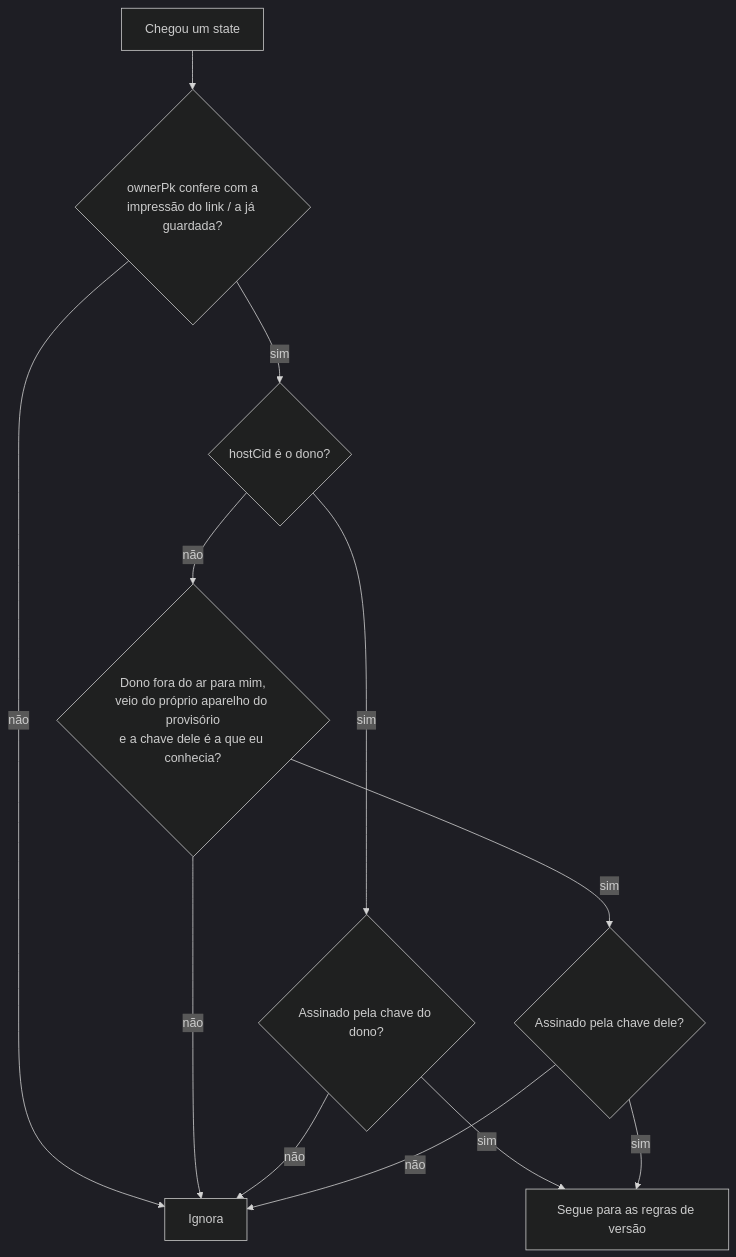
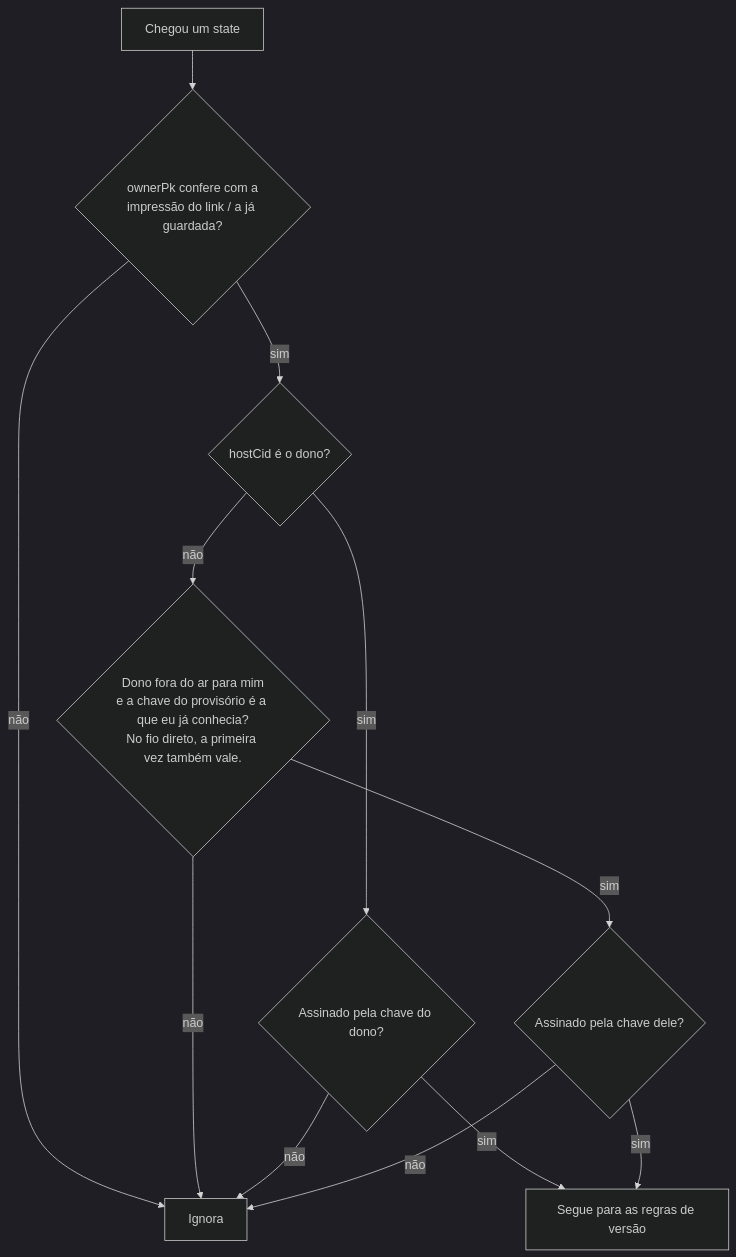
One commit to sschonss/ito changed diagram 11 of 16 in docs/p2p.md. Above: the diagram before and after it, drawn with Mermaid (dark theme). The commit also changed other lines of this file and 14 other files, not shown here.

````diff
--- a/docs/p2p.md
+++ b/docs/p2p.md
@@ -313,14 +314,14 @@
 ```mermaid
 flowchart TD
   M["Chegou um state"] --> O{"ownerPk confere com a<br/>impressão do link / a já guardada?"}
   O -- não --> X["Ignora"]
   O -- sim --> H{"hostCid é o dono?"}
   H -- sim --> V1{"Assinado pela chave do dono?"}
-  H -- não --> P{"Dono fora do ar para mim,<br/>veio do próprio aparelho do provisório<br/>e a chave dele é a que eu conhecia?"}
+  H -- não --> P{"Dono fora do ar para mim<br/>e a chave do provisório é a que eu já conhecia?<br/>No fio direto, a primeira vez também vale."}
   P -- não --> X
   P -- sim --> V2{"Assinado pela chave dele?"}
   V1 -- sim --> OK["Segue para as regras de versão"]
   V2 -- sim --> OK
   V1 -- não --> X
   V2 -- não --> X
 ```
````
